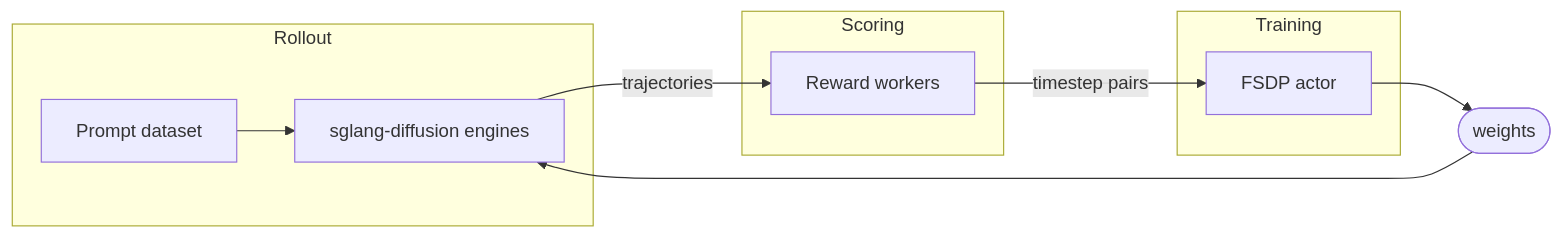
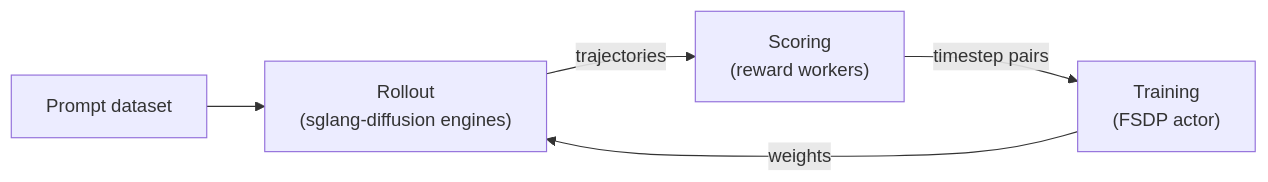
The first of 2 diagrams in docs/user-guide/concepts.md (Rockdu/miles_diffusion), drawn with Mermaid before and after one commit. The commit also changed other lines of this file and 5 other files, not shown here.

````diff
--- a/docs/user-guide/concepts.md
+++ b/docs/user-guide/concepts.md
@@ -11,15 +11,7 @@
 ```mermaid
 flowchart LR
-    subgraph Rollout
-      P[Prompt dataset] --> R[sglang-diffusion engines]
-    end
-    subgraph Scoring
-      RM[Reward workers]
-    end
-    subgraph Training
-      A[FSDP actor]
-    end
-    R -- trajectories --> RM
-    RM -- timestep pairs --> A
-    A --> W([weights]) --> R
+    P[Prompt dataset] --> R["Rollout<br/>(sglang-diffusion engines)"]
+    R -- trajectories --> RM["Scoring<br/>(reward workers)"]
+    RM -- timestep pairs --> A["Training<br/>(FSDP actor)"]
+    A -- weights --> R
 ```
````
